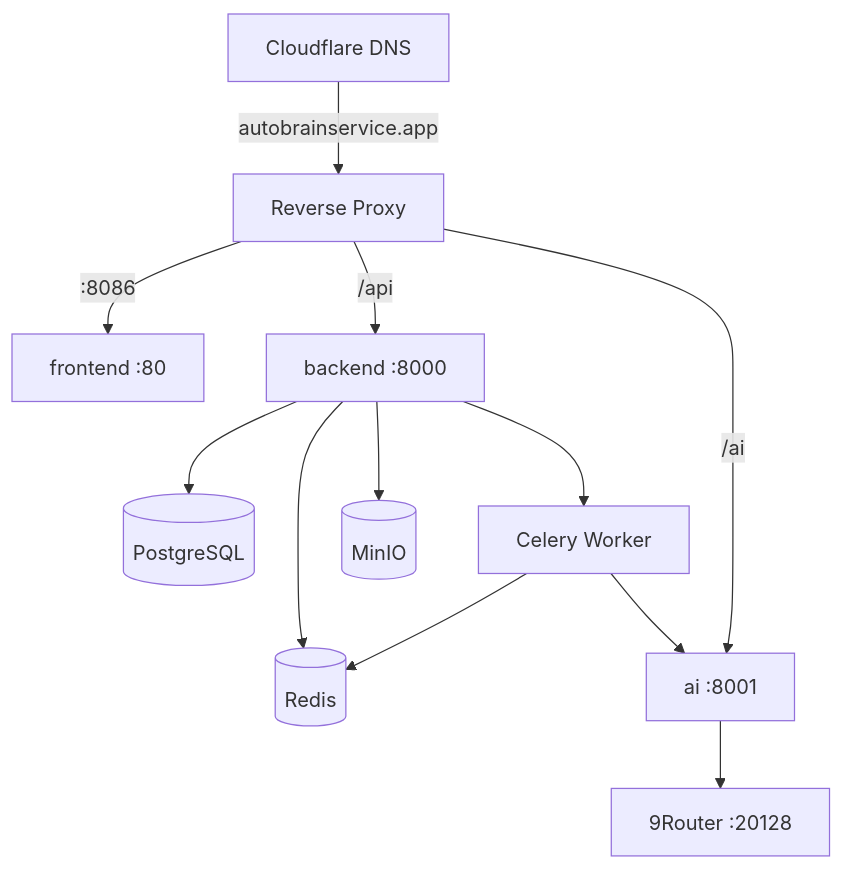
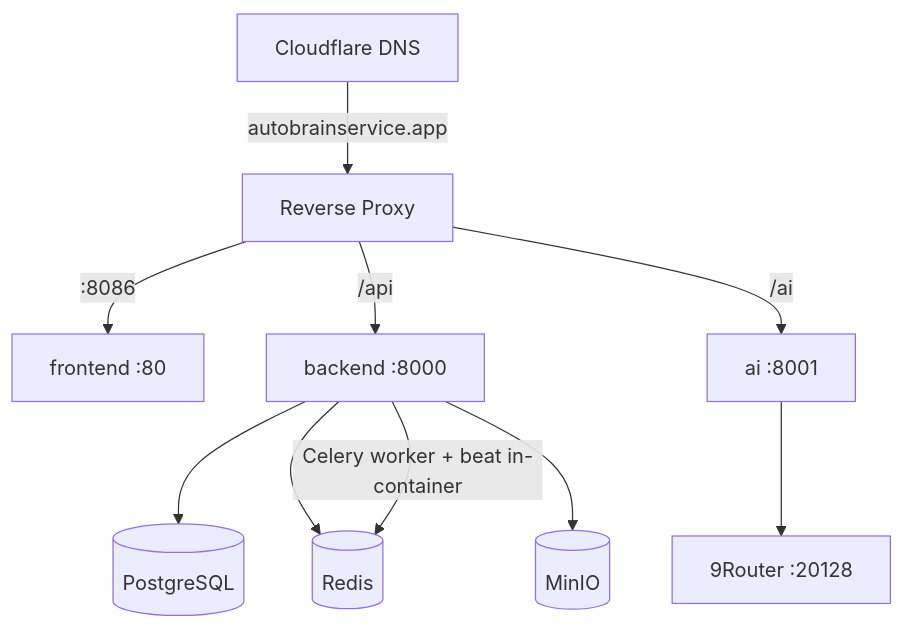
Before and after one commit to CannonFodder151/autobrain: the second of 4 diagrams in docs/infrastructure-diagrams.md, drawn with Mermaid. The commit also changed other lines of this file and 14 other files, not shown here.

First line of the commit message:
P1-1: Consolidate to 6 containers — fold Celery worker+beat into backend

````diff
--- a/docs/infrastructure-diagrams.md
+++ b/docs/infrastructure-diagrams.md
@@ -21,14 +20,12 @@
 ```mermaid
 graph TD
     CF[Cloudflare DNS] -->|autobrainservice.app| Proxy[Reverse Proxy]
     Proxy -->|:8086| Frontend[frontend :80]
     Proxy -->|/api| Backend[backend :8000]
     Proxy -->|/ai| AI[ai :8001]
     Backend --> PostgresH[(PostgreSQL)]
     Backend --> RedisH[(Redis)]
     Backend --> MinIOH[(MinIO)]
-    Backend --> WorkerH[Celery Worker]
+    Backend -->|Celery worker + beat in-container| RedisH
     AI --> Router[9Router :20128]
-    WorkerH --> RedisH
-    WorkerH --> AI
 ```
````
